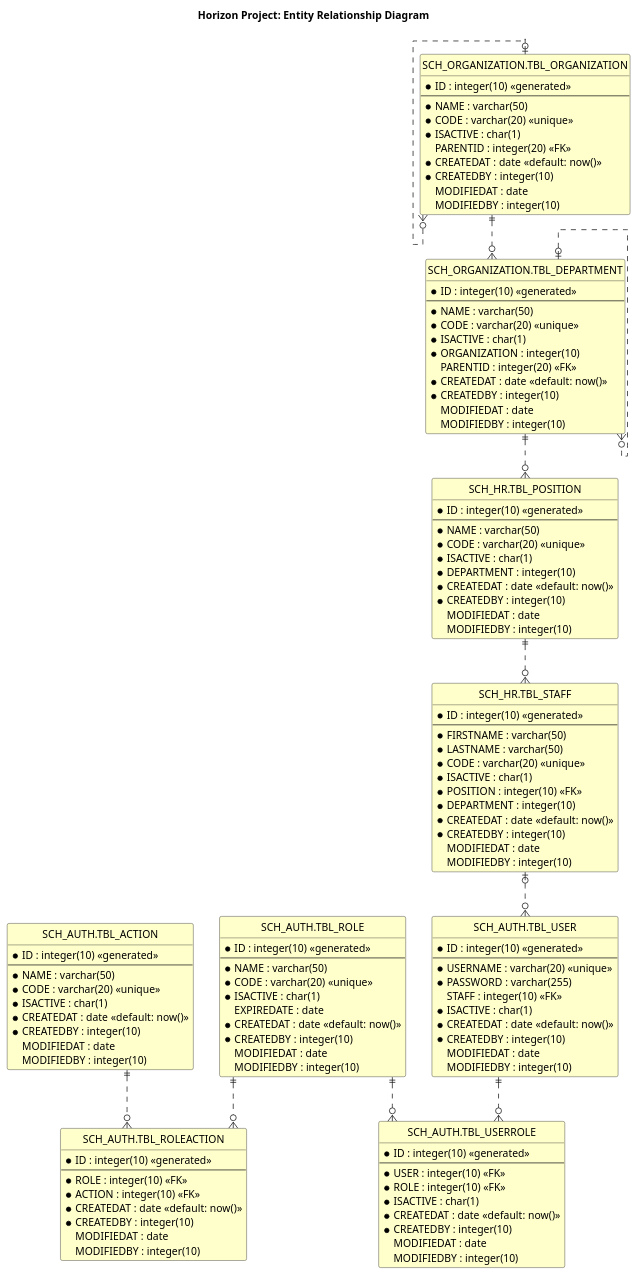
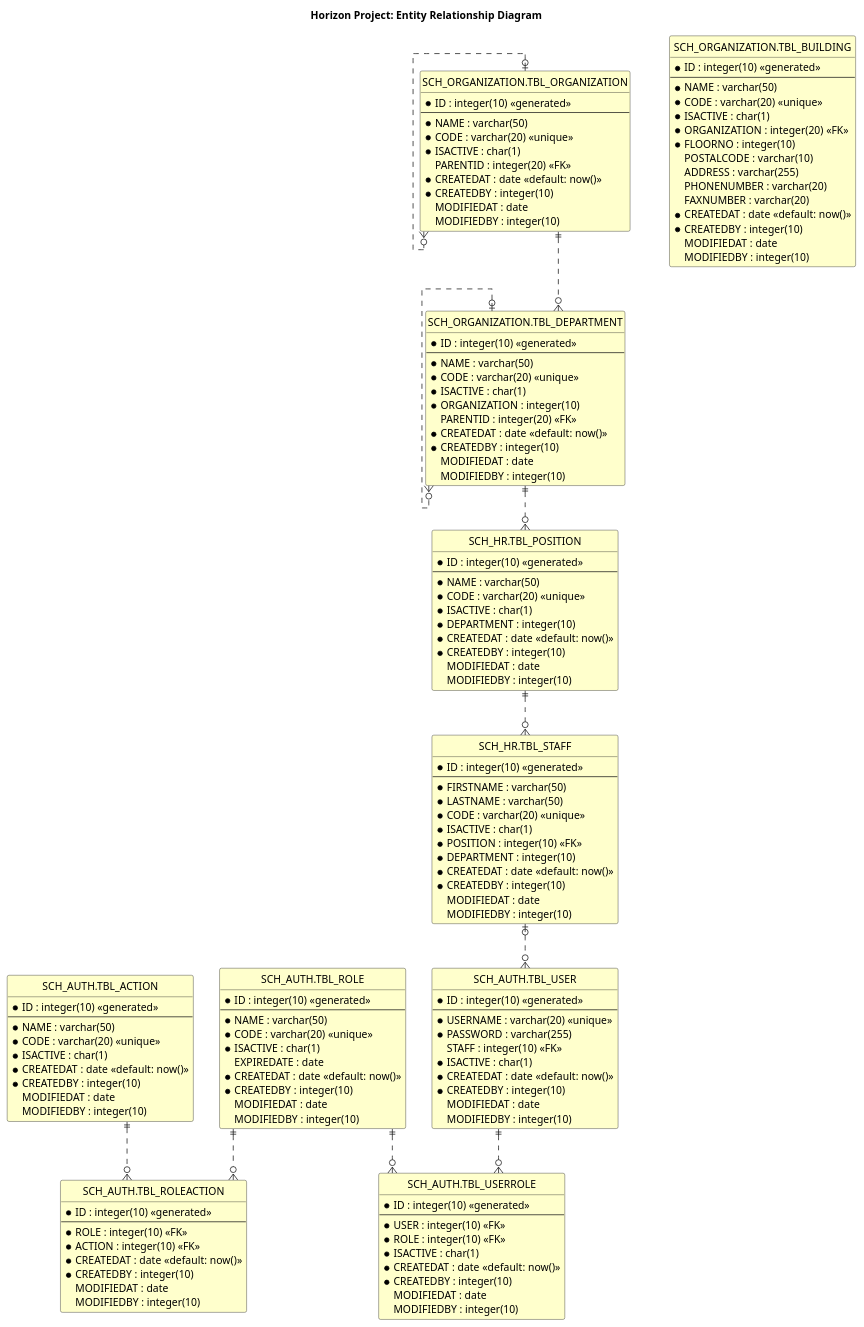
The diagram in HorizonUml/ERD/EntityRelatiohsipDiagram.puml (mahyaresteki/Horizon), drawn with PlantUML before and after one commit.

Commit message:
Update UML

```diff
--- a/HorizonUml/ERD/EntityRelatiohsipDiagram.puml
+++ b/HorizonUml/ERD/EntityRelatiohsipDiagram.puml
@@ -1,135 +1,157 @@
 @startuml
 hide circle
 skinparam classBackgroundColor #Business
 skinparam linetype ortho
 
 title Horizon Project: Entity Relationship Diagram
 
 entity "SCH_AUTH.TBL_ROLE" as role {
   *ID : integer(10) <<generated>>
   --
   *NAME : varchar(50)
   *CODE : varchar(20) <<unique>>
   *ISACTIVE : char(1)
   EXPIREDATE : date
   *CREATEDAT : date <<default: now()>>
   *CREATEDBY : integer(10)
   MODIFIEDAT : date
   MODIFIEDBY : integer(10)
 }
 
 entity "SCH_AUTH.TBL_ACTION" as action {
   *ID : integer(10) <<generated>>
   --
   *NAME : varchar(50)
   *CODE : varchar(20) <<unique>>
   *ISACTIVE : char(1)
   *CREATEDAT : date <<default: now()>>
   *CREATEDBY : integer(10)
   MODIFIEDAT : date
   MODIFIEDBY : integer(10)
 }
 
 entity "SCH_AUTH.TBL_ROLEACTION" as roleAction {
   *ID : integer(10) <<generated>>
   --
   *ROLE : integer(10) <<FK>>
   *ACTION : integer(10) <<FK>>
   *CREATEDAT : date <<default: now()>>
   *CREATEDBY : integer(10)
   MODIFIEDAT : date
   MODIFIEDBY : integer(10)
 }
 
 entity "SCH_AUTH.TBL_USER" as user {
   *ID : integer(10) <<generated>>
   --
   *USERNAME : varchar(20) <<unique>>
   *PASSWORD : varchar(255)
   STAFF : integer(10) <<FK>>
   *ISACTIVE : char(1)
   *CREATEDAT : date <<default: now()>>
   *CREATEDBY : integer(10)
   MODIFIEDAT : date
   MODIFIEDBY : integer(10)
 }
 
 entity "SCH_AUTH.TBL_USERROLE" as userRole {
   *ID : integer(10) <<generated>>
   --
   *USER : integer(10) <<FK>>
   *ROLE : integer(10) <<FK>>
   *ISACTIVE : char(1)
   *CREATEDAT : date <<default: now()>>
   *CREATEDBY : integer(10)
   MODIFIEDAT : date
   MODIFIEDBY : integer(10)
 }
 
 entity "SCH_ORGANIZATION.TBL_ORGANIZATION" as organization {
   *ID : integer(10) <<generated>>
   --
   *NAME : varchar(50)
   *CODE : varchar(20) <<unique>>
   *ISACTIVE : char(1)
   PARENTID : integer(20) <<FK>>
   *CREATEDAT : date <<default: now()>>
   *CREATEDBY : integer(10)
   MODIFIEDAT : date
   MODIFIEDBY : integer(10)
 }
 
+
+entity "SCH_ORGANIZATION.TBL_BUILDING" as building {
+  *ID : integer(10) <<generated>>
+  --
+  *NAME : varchar(50)
+  *CODE : varchar(20) <<unique>>
+  *ISACTIVE : char(1)
+  *ORGANIZATION : integer(20) <<FK>>
+  *FLOORNO : integer(10)
+  POSTALCODE : varchar(10)
+  ADDRESS : varchar(255)
+  PHONENUMBER : varchar(20)
+  FAXNUMBER : varchar(20)
+  *CREATEDAT : date <<default: now()>>
+  *CREATEDBY : integer(10)
+  MODIFIEDAT : date
+  MODIFIEDBY : integer(10)
+}
+
+
+
+
 entity "SCH_ORGANIZATION.TBL_DEPARTMENT" as department {
   *ID : integer(10) <<generated>>
   --
   *NAME : varchar(50)
   *CODE : varchar(20) <<unique>>
   *ISACTIVE : char(1)
   *ORGANIZATION : integer(10) 
   PARENTID : integer(20) <<FK>>
   *CREATEDAT : date <<default: now()>>
   *CREATEDBY : integer(10)
   MODIFIEDAT : date
   MODIFIEDBY : integer(10)
 }
 
 entity "SCH_HR.TBL_POSITION" as position {
   *ID : integer(10) <<generated>>
   --
   *NAME : varchar(50)
   *CODE : varchar(20) <<unique>>
   *ISACTIVE : char(1)
   *DEPARTMENT : integer(10) 
   *CREATEDAT : date <<default: now()>>
   *CREATEDBY : integer(10)
   MODIFIEDAT : date
   MODIFIEDBY : integer(10)
 }
 
 entity "SCH_HR.TBL_STAFF" as staff {
   *ID : integer(10) <<generated>>
   --
   *FIRSTNAME : varchar(50)
   *LASTNAME : varchar(50)
   *CODE : varchar(20) <<unique>>
   *ISACTIVE : char(1)
   *POSITION : integer(10) <<FK>>
   *DEPARTMENT : integer(10) 
   *CREATEDAT : date <<default: now()>>
   *CREATEDBY : integer(10)
   MODIFIEDAT : date
   MODIFIEDBY : integer(10)
 }
 
 role ||..o{ roleAction
 action ||..o{ roleAction
 user ||..o{ userRole
 role ||..o{ userRole
 organization |o..o{ organization
 organization ||..o{ department
 department |o..o{ department
 department ||..o{ position
 position ||..o{ staff
 staff |o..o{ user
 
 @enduml
```
